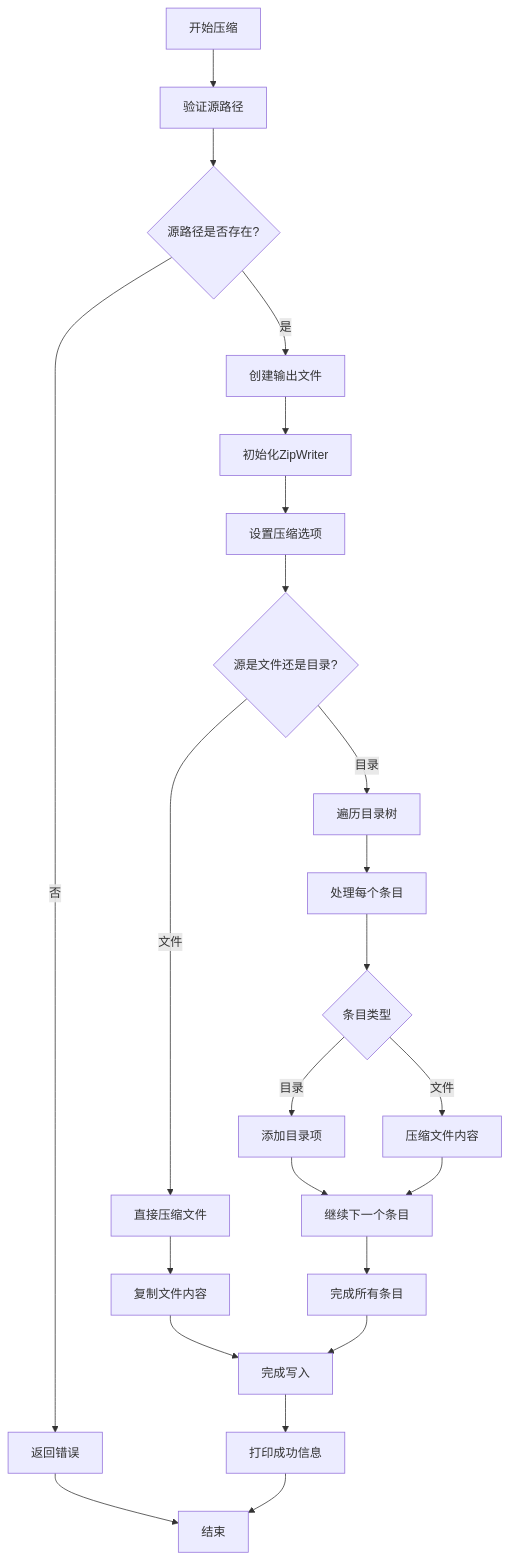
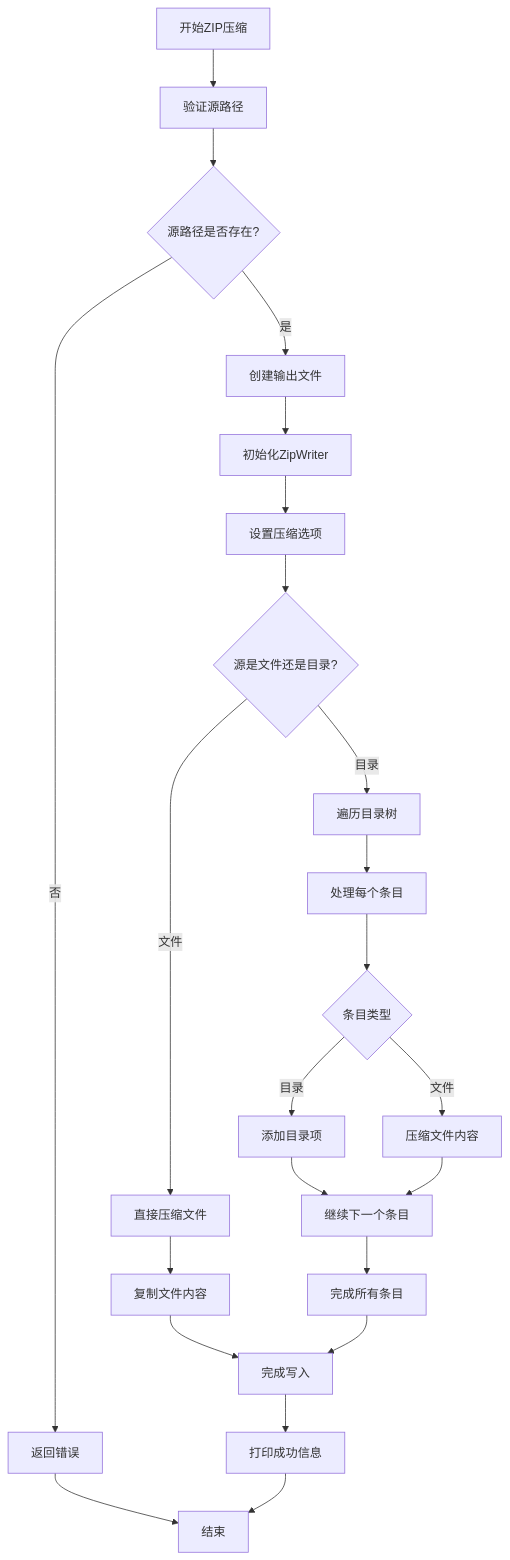
One commit to zhangjiacai-hub/myArchive changed the fifth of 11 diagrams in .qoder/repowiki/zh/content/核心功能实现/核心功能实现.md. Above: the diagram before and after it, drawn with Mermaid. The commit also changed other lines of this file and 6 other files, not shown here.

````diff
--- a/.qoder/repowiki/zh/content/核心功能实现/核心功能实现.md
+++ b/.qoder/repowiki/zh/content/核心功能实现/核心功能实现.md
@@ -187,25 +333,25 @@
 ```mermaid
 flowchart TD
-A[开始压缩] --> B[验证源路径]
+A[开始ZIP压缩] --> B[验证源路径]
 B --> C{源路径是否存在?}
 C --> |否| D[返回错误]
 C --> |是| E[创建输出文件]
 E --> F[初始化ZipWriter]
 F --> G[设置压缩选项]
 G --> H{源是文件还是目录?}
 H --> |文件| I[直接压缩文件]
 H --> |目录| J[遍历目录树]
 I --> K[复制文件内容]
 J --> L[处理每个条目]
 L --> M{条目类型}
 M --> |目录| N[添加目录项]
 M --> |文件| O[压缩文件内容]
 N --> P[继续下一个条目]
 O --> P
 P --> Q[完成所有条目]
 K --> R[完成写入]
 Q --> R
 D --> S[结束]
 R --> T[打印成功信息]
 T --> S
 ```
````
